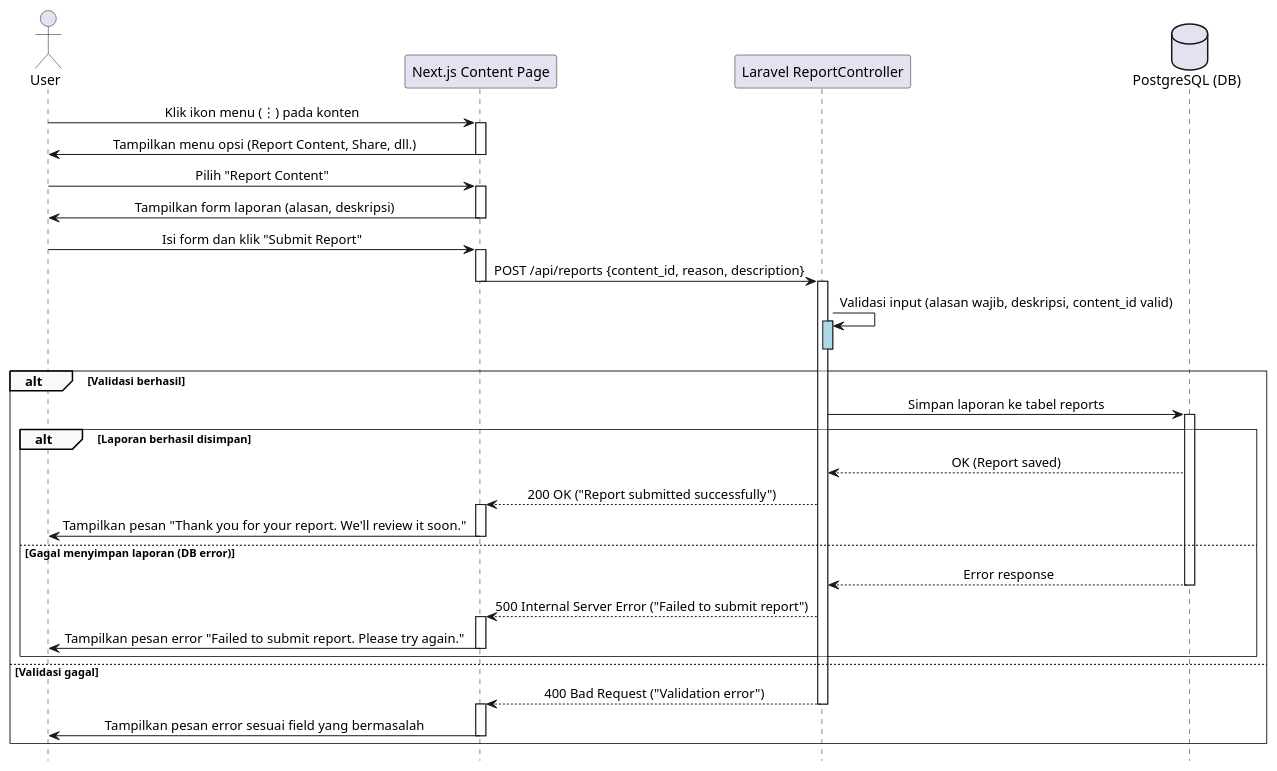
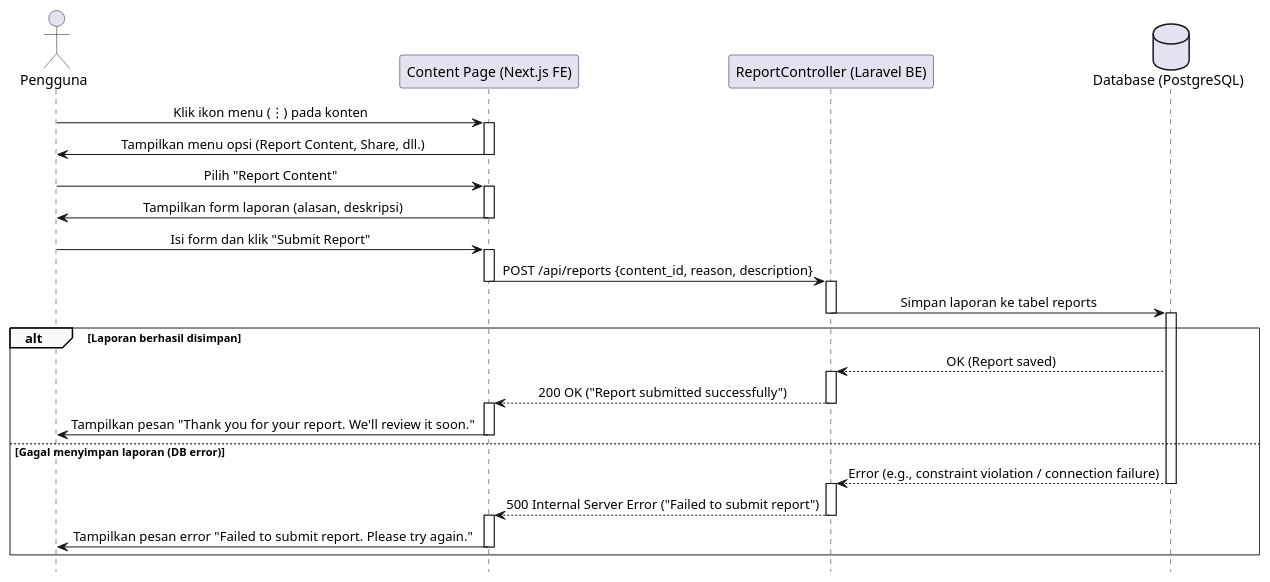
Before and after one commit to fadhel-rizanda/skripsi-plantuml: the diagram in MelakukanReport.plantuml, drawn with PlantUML. The commit also changed 30 other files, not shown here.

```diff
--- a/MelakukanReport.plantuml
+++ b/MelakukanReport.plantuml
@@ -1,69 +1,62 @@
 @startuml
 ' === Styling ===
 skinparam sequence {
     LifelineFooterStrategy none
     MessageAlign center
     ArrowThickness 1
     ParticipantPadding 20
     GroupBorderThickness 0.5
     GroupBackgroundColor #F9F9F9
 }
 hide footbox
 
 ' === Participants ===
-actor User as Pengguna
-participant "Next.js Content Page" as FE
-participant "Laravel ReportController" as BE
-database "PostgreSQL (DB)" as DB
+actor Pengguna
+participant "Content Page (Next.js FE)" as FE
+participant "ReportController (Laravel BE)" as BE
+database "Database (PostgreSQL)" as DB
 
 ' === Flow: Melakukan Report Pelanggaran Konten ===
 Pengguna -> FE: Klik ikon menu (⋮) pada konten
 activate FE
 FE -> Pengguna: Tampilkan menu opsi (Report Content, Share, dll.)
 deactivate FE
 
 Pengguna -> FE: Pilih "Report Content"
 activate FE
 FE -> Pengguna: Tampilkan form laporan (alasan, deskripsi)
 deactivate FE
 
 Pengguna -> FE: Isi form dan klik "Submit Report"
 activate FE
 FE -> BE: POST /api/reports {content_id, reason, description}
 deactivate FE
 activate BE
 
-' === Validasi Data ===
-BE -> BE: Validasi input (alasan wajib, deskripsi, content_id valid)
-activate BE #LightBlue
-deactivate BE #LightBlue
 
-alt Validasi berhasil
     BE -> DB: Simpan laporan ke tabel reports
+        deactivate BE
     activate DB
 
     alt Laporan berhasil disimpan
         DB --> BE: OK (Report saved)
+        activate BE
         BE --> FE: 200 OK ("Report submitted successfully")
+        deactivate BE
         activate FE
         FE -> Pengguna: Tampilkan pesan "Thank you for your report. We'll review it soon."
         deactivate FE
 
     else Gagal menyimpan laporan (DB error)
-        DB --> BE: Error response
+        DB --> BE: Error (e.g., constraint violation / connection failure)
         deactivate DB
+        activate BE
         BE --> FE: 500 Internal Server Error ("Failed to submit report")
+        deactivate BE
         activate FE
         FE -> Pengguna: Tampilkan pesan error "Failed to submit report. Please try again."
         deactivate FE
     end
 
-else Validasi gagal
-    BE --> FE: 400 Bad Request ("Validation error")
-    deactivate BE
-    activate FE
-    FE -> Pengguna: Tampilkan pesan error sesuai field yang bermasalah
-    deactivate FE
-end
 
 @enduml
```
